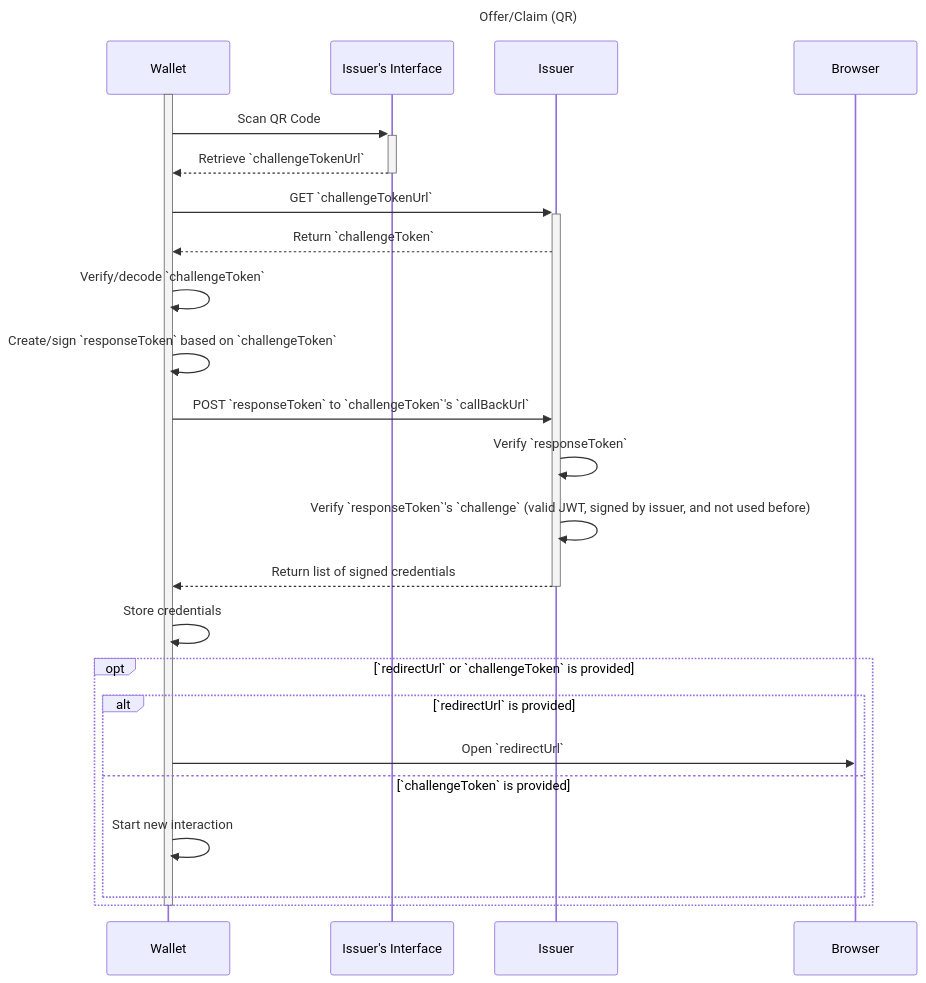
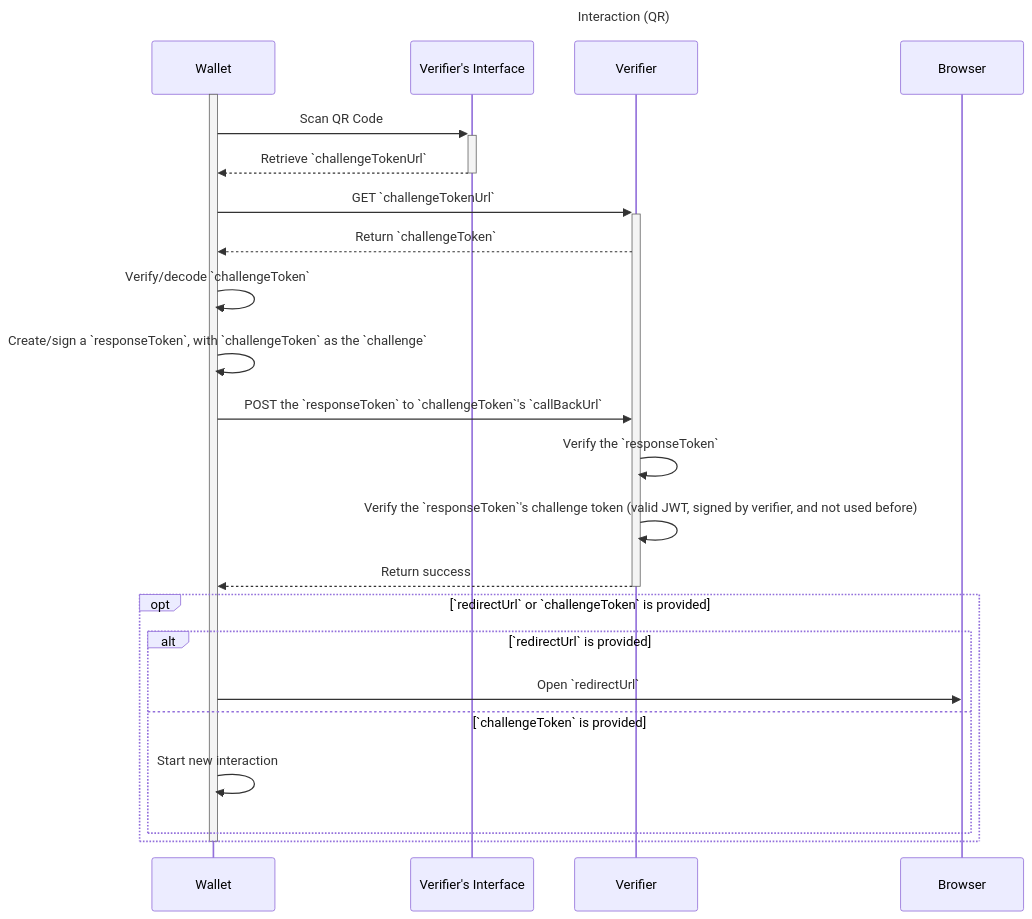
The first of 6 diagrams in spec/spec.md (decentralized-identity/wallet-and-credential-interactions), drawn with Mermaid before and after one commit. The commit also changed other lines of this file, not shown here.

````diff
--- a/spec/spec.md
+++ b/spec/spec.md
@@ -293,32 +185,30 @@
 ```mermaid
 sequenceDiagram
-  title: Offer/Claim (QR)
+  title: Interaction (QR)
 
   activate Wallet
 
-  Wallet ->>+ Issuer's Interface: Scan QR Code
-  Issuer's Interface -->>- Wallet: Retrieve `challengeTokenUrl`
+  Wallet ->>+ Verifier's Interface: Scan QR Code
+  Verifier's Interface -->>- Wallet: Retrieve `challengeTokenUrl`
 
-  Wallet ->>+ Issuer: GET `challengeTokenUrl`
-  Issuer -->> Wallet: Return `challengeToken`
+  Wallet ->>+ Verifier: GET `challengeTokenUrl`
+  Verifier -->> Wallet: Return `challengeToken`
 
   Wallet ->> Wallet: Verify/decode `challengeToken`
-  Wallet ->> Wallet: Create/sign `responseToken` based on `challengeToken`
+  Wallet ->> Wallet: Create/sign a `responseToken`, with `challengeToken` as the `challenge`
 
-  Wallet ->> Issuer: POST `responseToken` to `challengeToken`'s `callBackUrl`
-  Issuer ->> Issuer: Verify `responseToken`
-  Issuer ->> Issuer: Verify `responseToken`'s `challenge` (valid JWT, signed by issuer, and not used before)
-  Issuer -->>- Wallet: Return list of signed credentials
-
-  Wallet ->> Wallet: Store credentials
+  Wallet ->> Verifier: POST the `responseToken` to `challengeToken`'s `callBackUrl`
+  Verifier ->> Verifier: Verify the `responseToken`
+  Verifier ->> Verifier: Verify the `responseToken`'s challenge token (valid JWT, signed by verifier, and not used before)
+  Verifier -->>- Wallet: Return success
 
   opt `redirectUrl` or `challengeToken` is provided
     alt `redirectUrl` is provided
       Wallet ->> Browser: Open `redirectUrl`
     else `challengeToken` is provided
       Wallet ->> Wallet: Start new interaction
     end
   end
 
   deactivate Wallet
 ```
````
